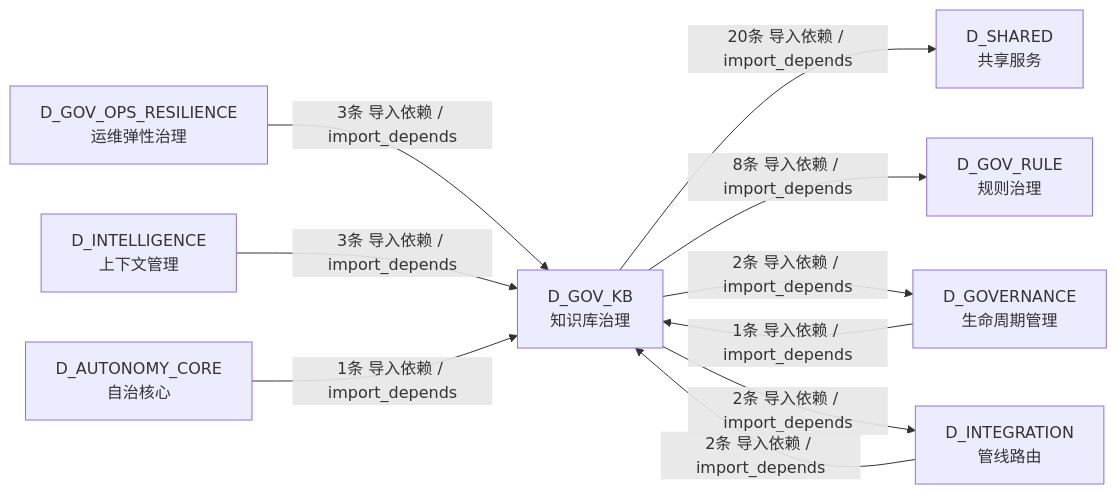
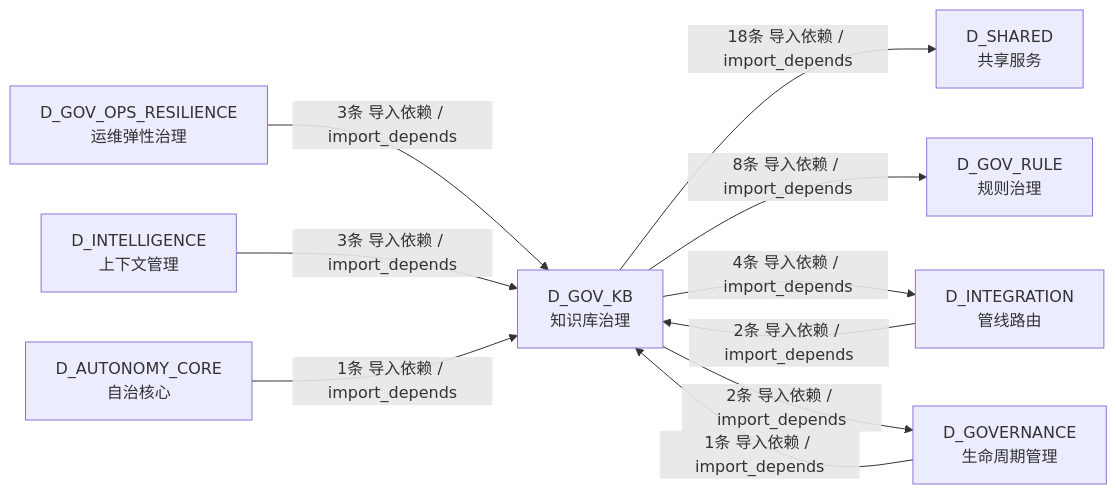
Before and after one commit to xuanFelixVan/ZephyrAlpha: the fifth of 5 diagrams in docs/02_enterprise_architecture/02_domain_architecture_docs/43_d_gov_kb.md, drawn with Mermaid. The commit also changed other lines of this file and 82 other files, not shown here.

````diff
--- a/docs/02_enterprise_architecture/02_domain_architecture_docs/43_d_gov_kb.md
+++ b/docs/02_enterprise_architecture/02_domain_architecture_docs/43_d_gov_kb.md
@@ -380,20 +382,20 @@
 ```mermaid
 graph LR
     D_GOV_KB["D_GOV_KB<br/>知识库治理"]
     D_SHARED["D_SHARED<br/>共享服务"]
     D_GOV_RULE["D_GOV_RULE<br/>规则治理"]
+    D_INTEGRATION["D_INTEGRATION<br/>管线路由"]
     D_GOVERNANCE["D_GOVERNANCE<br/>生命周期管理"]
-    D_INTEGRATION["D_INTEGRATION<br/>管线路由"]
     D_GOV_OPS_RESILIENCE["D_GOV_OPS_RESILIENCE<br/>运维弹性治理"]
     D_INTELLIGENCE["D_INTELLIGENCE<br/>上下文管理"]
     D_AUTONOMY_CORE["D_AUTONOMY_CORE<br/>自治核心"]
-    D_GOV_KB -->|20条 导入依赖 / import_depends| D_SHARED
+    D_GOV_KB -->|18条 导入依赖 / import_depends| D_SHARED
     D_GOV_KB -->|8条 导入依赖 / import_depends| D_GOV_RULE
+    D_GOV_KB -->|4条 导入依赖 / import_depends| D_INTEGRATION
     D_GOV_KB -->|2条 导入依赖 / import_depends| D_GOVERNANCE
-    D_GOV_KB -->|2条 导入依赖 / import_depends| D_INTEGRATION
     D_GOV_OPS_RESILIENCE -->|3条 导入依赖 / import_depends| D_GOV_KB
     D_INTELLIGENCE -->|3条 导入依赖 / import_depends| D_GOV_KB
     D_INTEGRATION -->|2条 导入依赖 / import_depends| D_GOV_KB
     D_AUTONOMY_CORE -->|1条 导入依赖 / import_depends| D_GOV_KB
     D_GOVERNANCE -->|1条 导入依赖 / import_depends| D_GOV_KB
 ```
````
